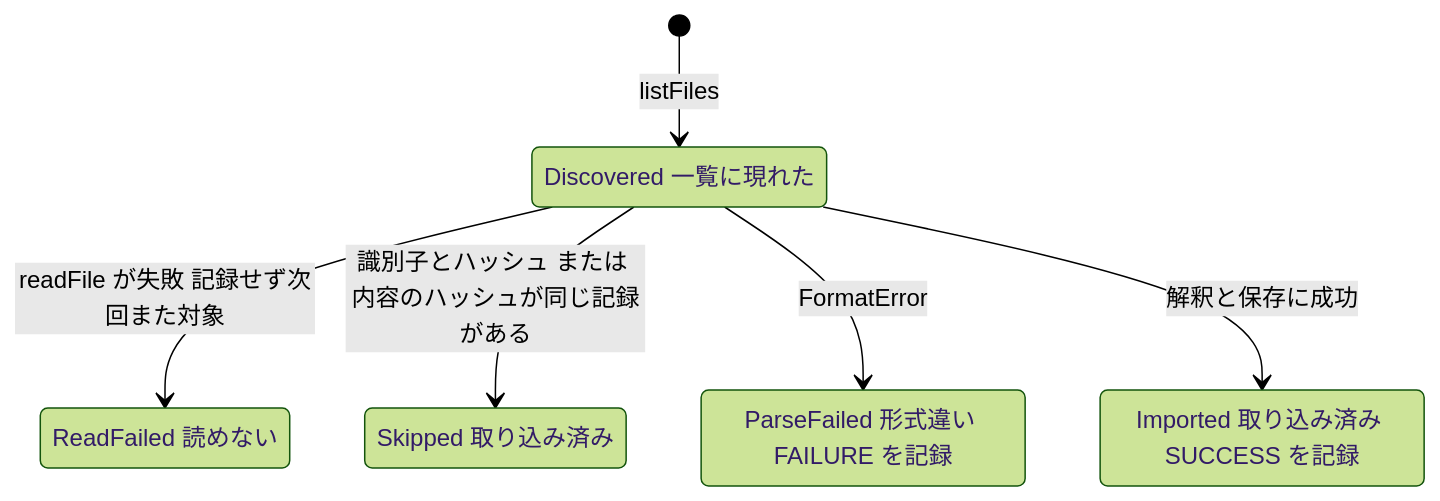
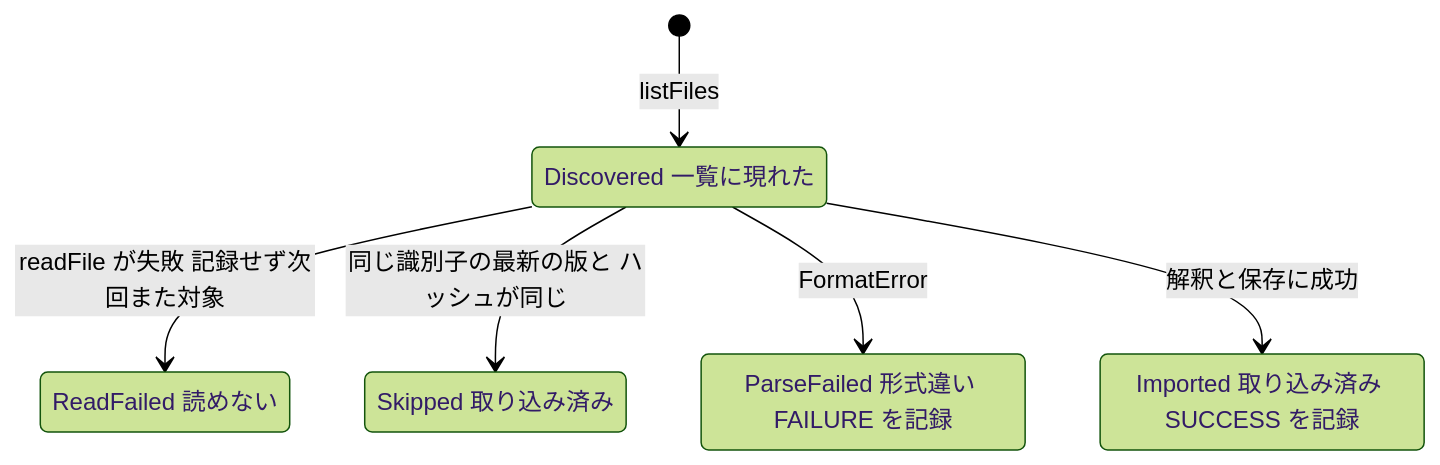
Before and after one commit to NS-APU/smart-farm-monitoring: diagram 36 of 46 in docs/10_design/architecture/as-built.md, drawn with Mermaid (forest theme). The commit also changed other lines of this file and 15 other files, not shown here.

````diff
--- a/docs/10_design/architecture/as-built.md
+++ b/docs/10_design/architecture/as-built.md
@@ -2001,14 +2001,14 @@
 ```mermaid
 stateDiagram-v2
   state "Discovered 一覧に現れた" as Discovered
   state "Skipped 取り込み済み" as Skipped
   state "ReadFailed 読めない" as ReadFailed
   state "ParseFailed 形式違い FAILURE を記録" as ParseFailed
   state "Imported 取り込み済み SUCCESS を記録" as Imported
 
   [*] --> Discovered : listFiles
   Discovered --> ReadFailed : readFile が失敗 記録せず次回また対象
-  Discovered --> Skipped : 識別子とハッシュ または 内容のハッシュが同じ記録がある
+  Discovered --> Skipped : 同じ識別子の最新の版と ハッシュが同じ
   Discovered --> ParseFailed : FormatError
   Discovered --> Imported : 解釈と保存に成功
 ```
````
